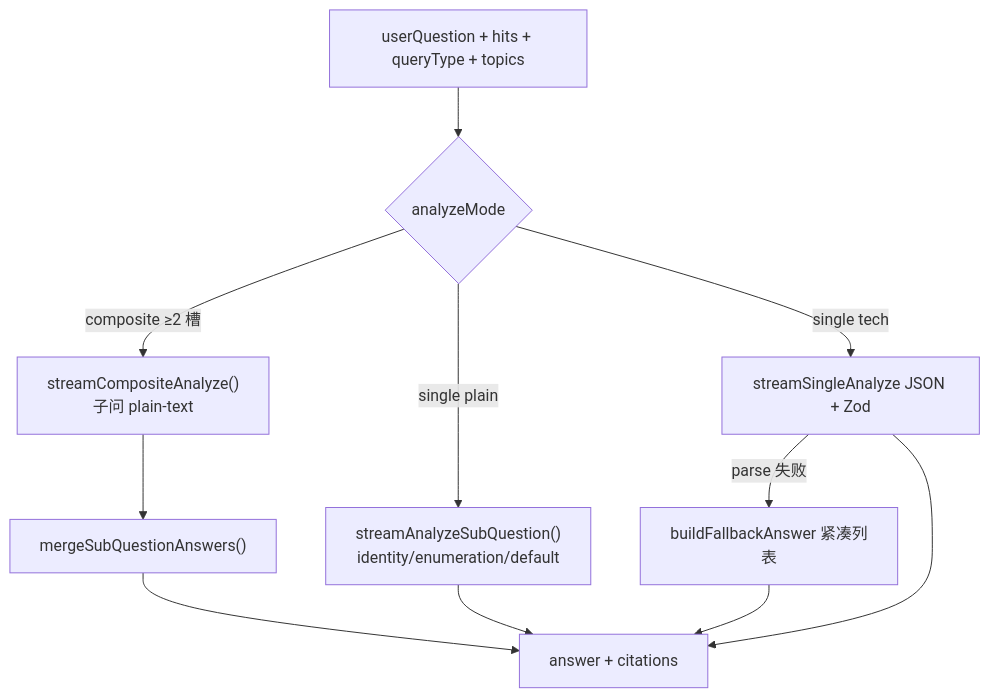
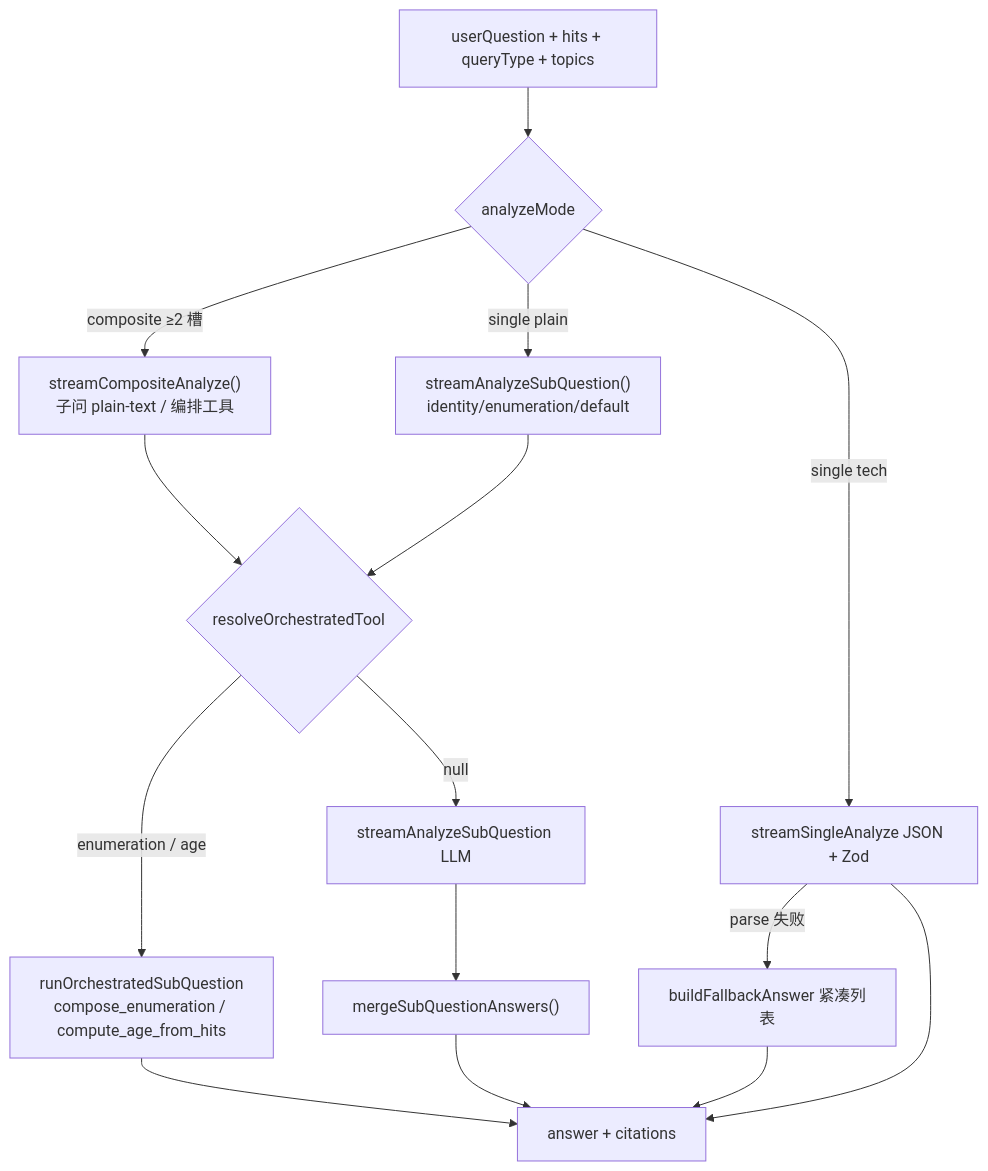
The eighth of 13 diagrams in docs/02-agent-flows.md (panzhanfei/fambrain-agents), drawn with Mermaid before and after one commit. The commit also changed other lines of this file and 13 other files, not shown here.

Commit message:
identity 年龄编排工具 compute_age_from_hits + search_web 预留（P0-23）

````diff
--- a/docs/02-agent-flows.md
+++ b/docs/02-agent-flows.md
@@ -333,13 +335,17 @@
 ```mermaid
 flowchart TD
   IN["userQuestion + hits + queryType + topics"] --> MODE{"analyzeMode"}
-  MODE -->|composite ≥2 槽| COMP["streamCompositeAnalyze()<br/>子问 plain-text"]
+  MODE -->|composite ≥2 槽| COMP["streamCompositeAnalyze()<br/>子问 plain-text / 编排工具"]
   MODE -->|single plain| PLAIN["streamAnalyzeSubQuestion()<br/>identity/enumeration/default"]
   MODE -->|single tech| JSON["streamSingleAnalyze JSON + Zod"]
-  COMP --> MERGE["mergeSubQuestionAnswers()"]
-  PLAIN --> ANS[answer + citations]
+  COMP --> ORCH{"resolveOrchestratedTool"}
+  PLAIN --> ORCH
+  ORCH -->|enumeration / age| TOOL["runOrchestratedSubQuestion<br/>compose_enumeration / compute_age_from_hits"]
+  ORCH -->|null| LLM["streamAnalyzeSubQuestion LLM"]
+  TOOL --> ANS[answer + citations]
+  LLM --> MERGE["mergeSubQuestionAnswers()"]
   JSON -->|parse 失败| FB["buildFallbackAnswer 紧凑列表"]
   JSON --> ANS
   MERGE --> ANS
   FB --> ANS
 ```
````
